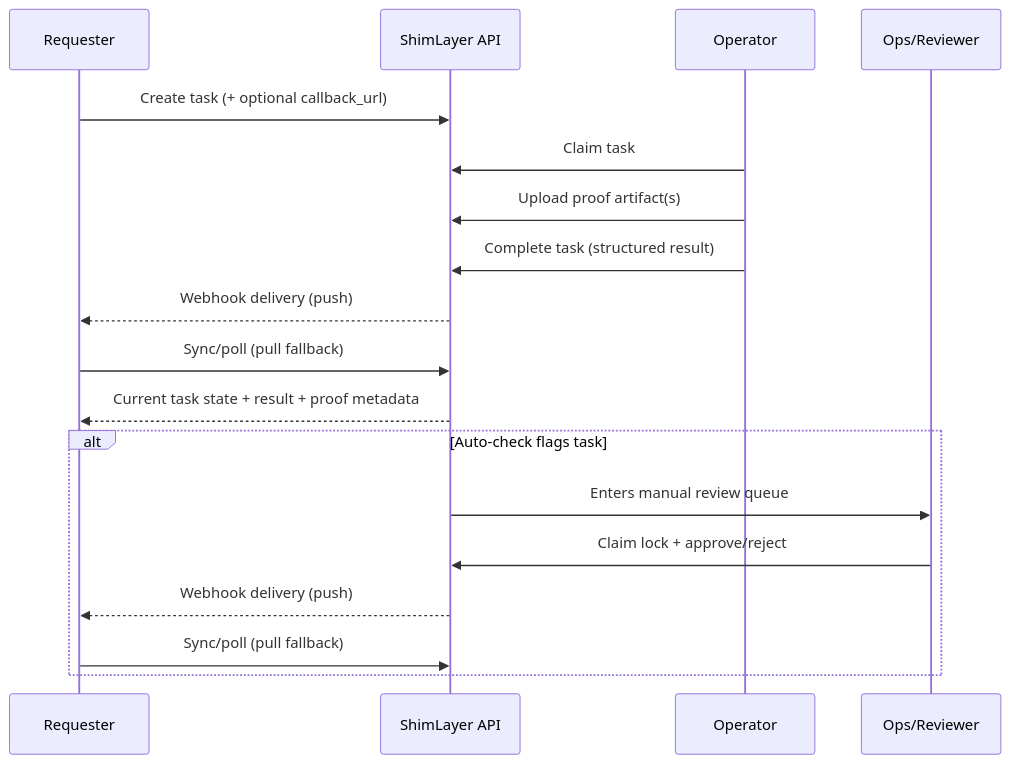
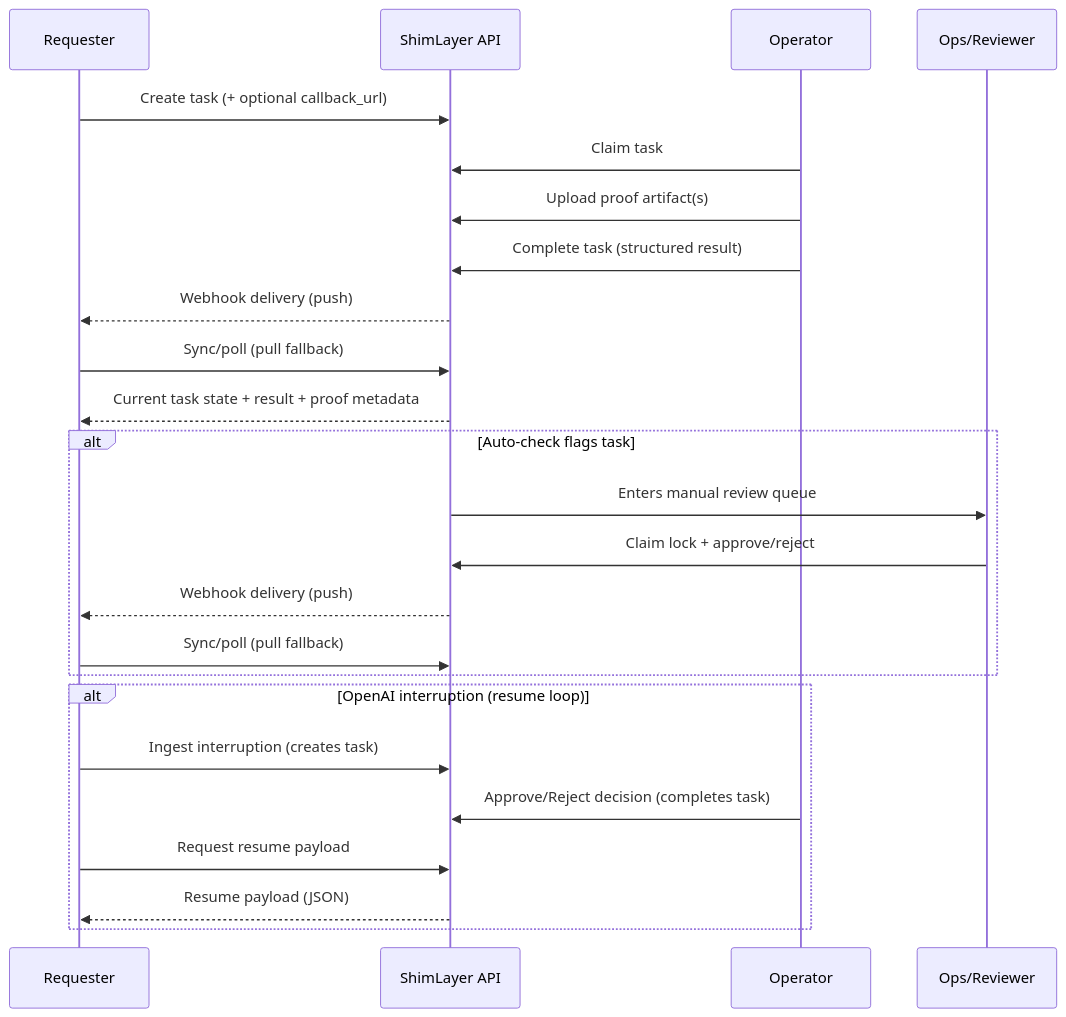
Before and after one commit to Ultraivanov/shimlayer: the diagram in docs/user-journey.md, drawn with Mermaid. The commit also changed other lines of this file and 13 other files, not shown here.

````diff
--- a/docs/user-journey.md
+++ b/docs/user-journey.md
@@ -34,22 +42,29 @@
 ```mermaid
 sequenceDiagram
   participant R as Requester
   participant S as ShimLayer API
   participant O as Operator
   participant OPS as Ops/Reviewer
 
   R->>S: Create task (+ optional callback_url)
   O->>S: Claim task
   O->>S: Upload proof artifact(s)
   O->>S: Complete task (structured result)
   S-->>R: Webhook delivery (push)
   R->>S: Sync/poll (pull fallback)
   S-->>R: Current task state + result + proof metadata
 
   alt Auto-check flags task
     S->>OPS: Enters manual review queue
     OPS->>S: Claim lock + approve/reject
     S-->>R: Webhook delivery (push)
     R->>S: Sync/poll (pull fallback)
   end
+
+  alt OpenAI interruption (resume loop)
+    R->>S: Ingest interruption (creates task)
+    O->>S: Approve/Reject decision (completes task)
+    R->>S: Request resume payload
+    S-->>R: Resume payload (JSON)
+  end
 ```
````
